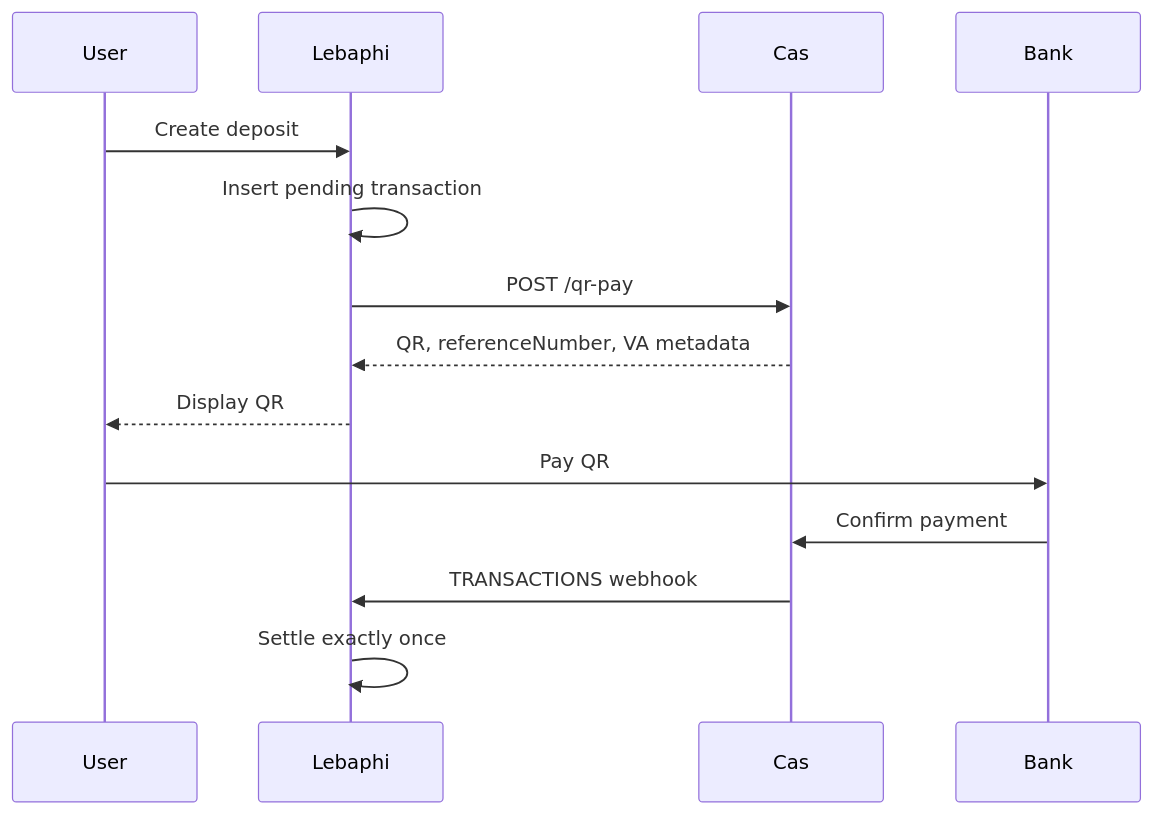
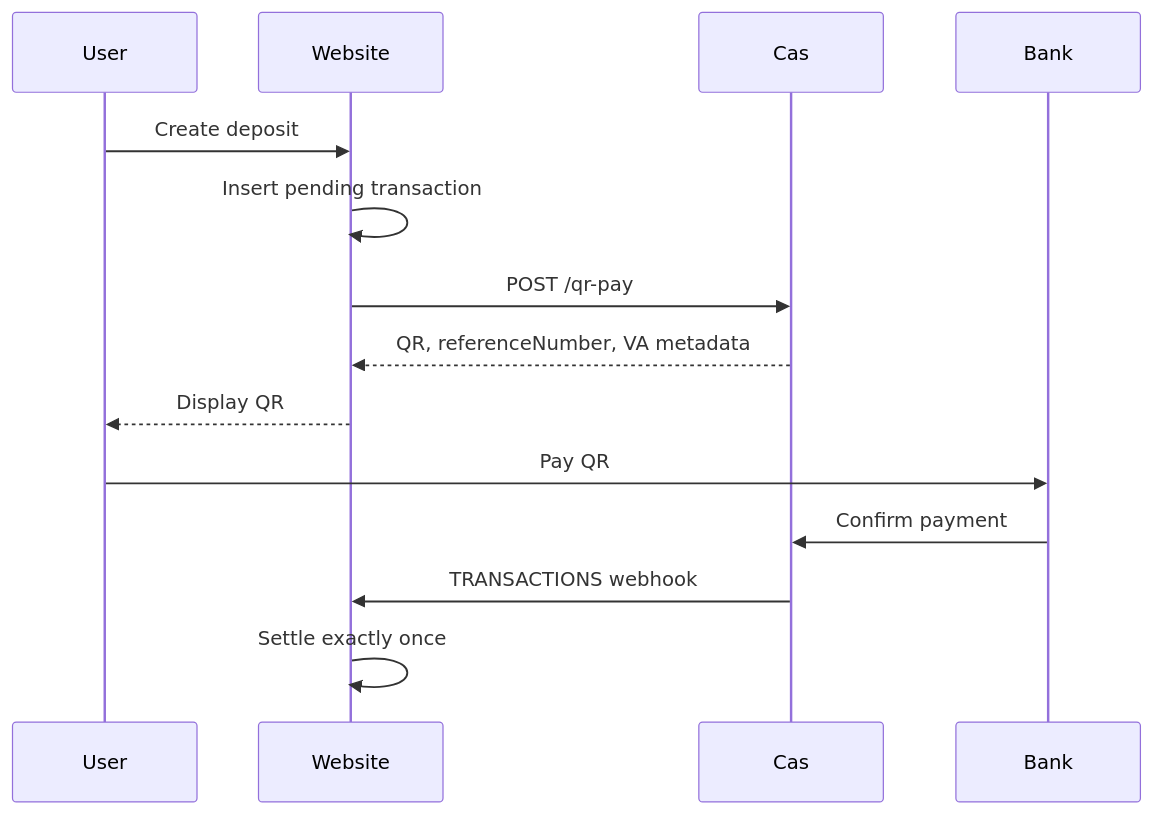
Before and after one commit to phi140307/cas: the diagram in diagrams/qr-pay-payment-flow.mmd, drawn with Mermaid. The commit also changed 10 other files, not shown here.

```diff
--- a/diagrams/qr-pay-payment-flow.mmd
+++ b/diagrams/qr-pay-payment-flow.mmd
@@ -1,14 +1,14 @@
 sequenceDiagram
   participant User
-  participant App as Lebaphi
+  participant App as Website
   participant Cas
   participant Bank
   User->>App: Create deposit
   App->>App: Insert pending transaction
   App->>Cas: POST /qr-pay
   Cas-->>App: QR, referenceNumber, VA metadata
   App-->>User: Display QR
   User->>Bank: Pay QR
   Bank->>Cas: Confirm payment
   Cas->>App: TRANSACTIONS webhook
   App->>App: Settle exactly once
```
